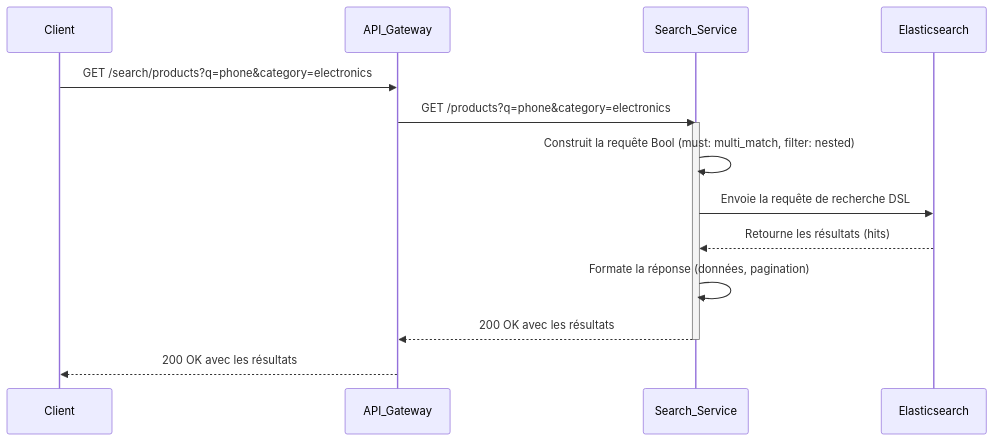
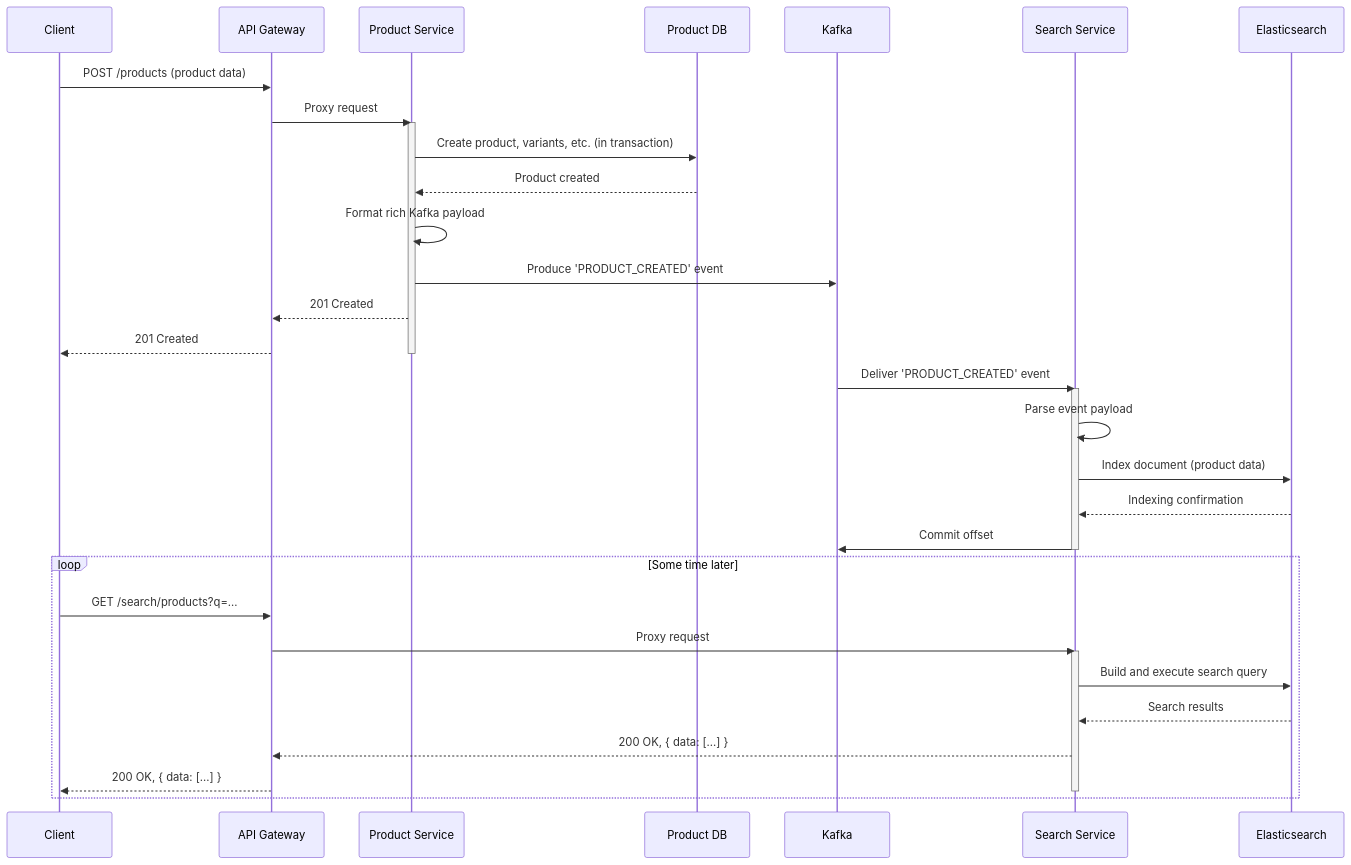
One commit to HarcheSamir/esisba-lirmm-ecommerce changed the seventh of 10 diagrams in MVP.md. Above: the diagram before and after it, drawn with Mermaid. The commit also changed other lines of this file, not shown here.

````diff
--- a/MVP.md
+++ b/MVP.md
@@ -503,18 +487,40 @@
 ```mermaid
 sequenceDiagram
     participant Client
-    participant API_Gateway
-    participant Search_Service
-    participant Elasticsearch
+    participant APIGW as API Gateway
+    participant ProductSvc as Product Service
+    participant ProductDB as Product DB
+    participant Kafka
+    participant SearchSvc as Search Service
+    participant ES as Elasticsearch
 
-    Client->>API_Gateway: GET /search/products?q=phone&category=electronics
-    API_Gateway->>Search_Service: GET /products?q=phone&category=electronics
-    activate Search_Service
-    Search_Service->>Search_Service: Construit la requête Bool (must: multi_match, filter: nested)
-    Search_Service->>Elasticsearch: Envoie la requête de recherche DSL
-    Elasticsearch-->>Search_Service: Retourne les résultats (hits)
-    Search_Service->>Search_Service: Formate la réponse (données, pagination)
-    Search_Service-->>API_Gateway: 200 OK avec les résultats
-    deactivate Search_Service
-    API_Gateway-->>Client: 200 OK avec les résultats
+    Client->>APIGW: POST /products (product data)
+    APIGW->>ProductSvc: Proxy request
+    activate ProductSvc
+    ProductSvc->>ProductDB: Create product, variants, etc. (in transaction)
+    ProductDB-->>ProductSvc: Product created
+    ProductSvc->>ProductSvc: Format rich Kafka payload
+    ProductSvc->>Kafka: Produce 'PRODUCT_CREATED' event
+    ProductSvc-->>APIGW: 201 Created
+    APIGW-->>Client: 201 Created
+    deactivate ProductSvc
+
+    Kafka->>SearchSvc: Deliver 'PRODUCT_CREATED' event
+    activate SearchSvc
+    SearchSvc->>SearchSvc: Parse event payload
+    SearchSvc->>ES: Index document (product data)
+    ES-->>SearchSvc: Indexing confirmation
+    SearchSvc->>Kafka: Commit offset
+    deactivate SearchSvc
+
+    loop Some time later
+    Client->>APIGW: GET /search/products?q=...
+    APIGW->>SearchSvc: Proxy request
+    activate SearchSvc
+    SearchSvc->>ES: Build and execute search query
+    ES-->>SearchSvc: Search results
+    SearchSvc-->>APIGW: 200 OK, { data: [...] }
+    APIGW-->>Client: 200 OK, { data: [...] }
+    deactivate SearchSvc
+    end
 ```
````
